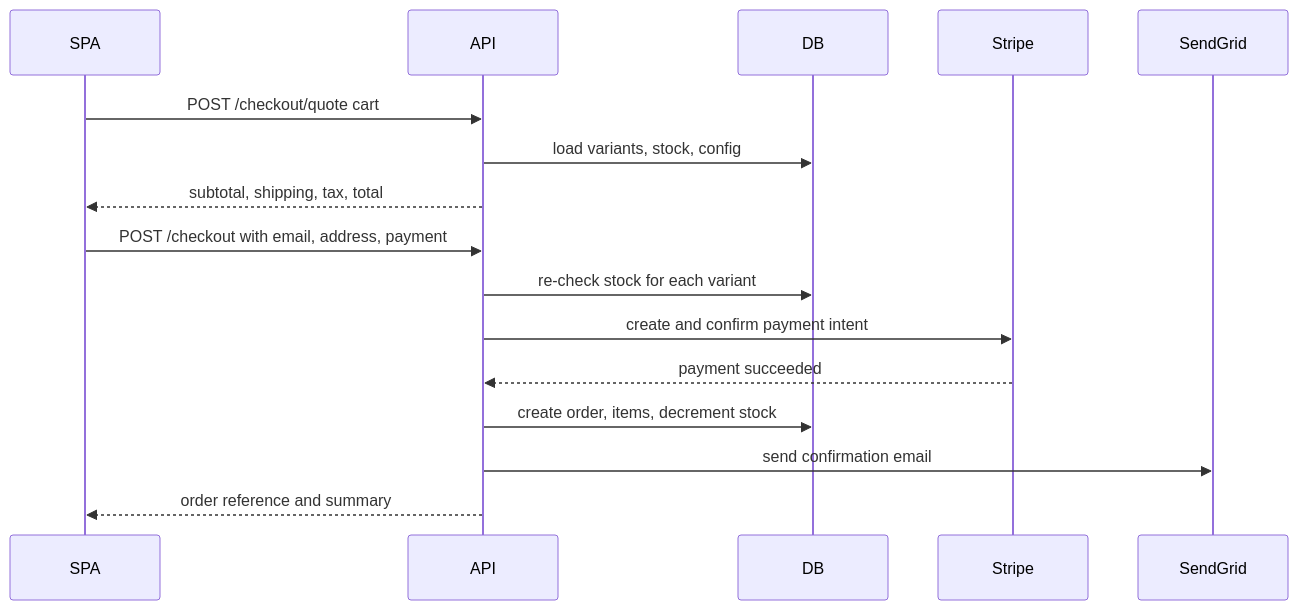
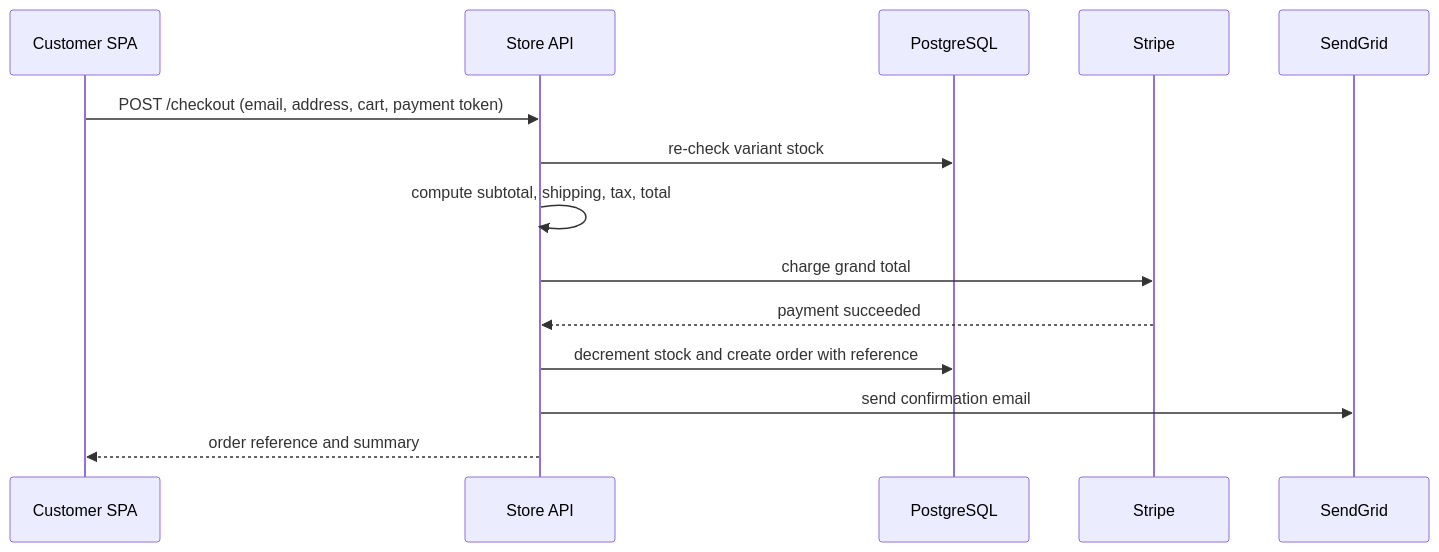
Before and after one commit to saitejaquorq/store-app: the second of 5 diagrams in docs/sdlc/architecture/README.md, drawn with Mermaid. The commit also changed other lines of this file and 15 other files, not shown here.

````diff
--- a/docs/sdlc/architecture/README.md
+++ b/docs/sdlc/architecture/README.md
@@ -264,18 +174,16 @@
 ```mermaid
 sequenceDiagram
-  participant C as SPA
-  participant A as API
-  participant D as DB
+  participant C as Customer SPA
+  participant A as Store API
+  participant D as PostgreSQL
   participant P as Stripe
-  participant M as SendGrid
-  C->>A: POST /checkout/quote cart
-  A->>D: load variants, stock, config
-  A-->>C: subtotal, shipping, tax, total
-  C->>A: POST /checkout with email, address, payment
-  A->>D: re-check stock for each variant
-  A->>P: create and confirm payment intent
+  participant E as SendGrid
+  C->>A: POST /checkout (email, address, cart, payment token)
+  A->>D: re-check variant stock
+  A->>A: compute subtotal, shipping, tax, total
+  A->>P: charge grand total
   P-->>A: payment succeeded
-  A->>D: create order, items, decrement stock
-  A->>M: send confirmation email
+  A->>D: decrement stock and create order with reference
+  A->>E: send confirmation email
   A-->>C: order reference and summary
 ```
````
